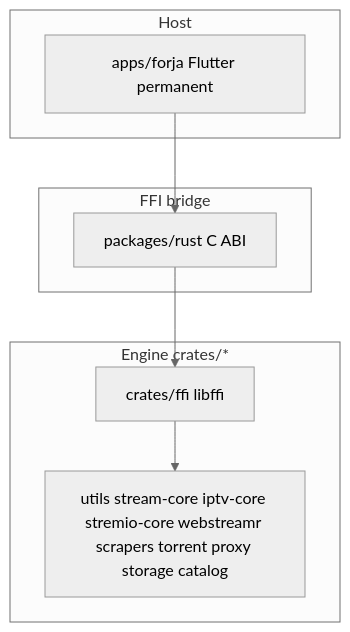
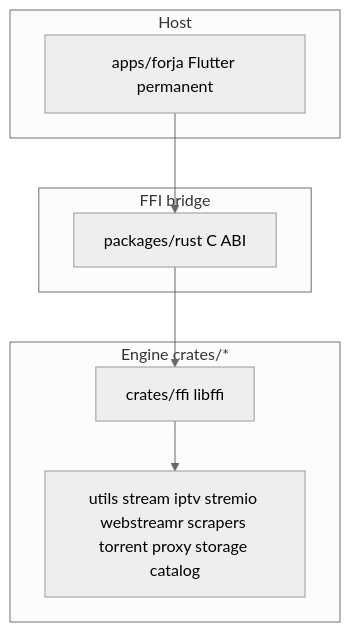
Before and after one commit to mGhassen/Forja: the first of 7 diagrams in docs/ARCHITECTURE.md, drawn with Mermaid (neutral theme). The commit also changed other lines of this file and 97 other files, not shown here.

````diff
--- a/docs/ARCHITECTURE.md
+++ b/docs/ARCHITECTURE.md
@@ -28,15 +28,15 @@
 ```mermaid
 flowchart TB
   subgraph host [Host]
     Flutter["apps/forja Flutter permanent"]
   end
   subgraph bridge [FFI bridge]
     DartFFI["packages/rust C ABI"]
   end
   subgraph engine [Engine crates/*]
     FFICrate["crates/ffi libffi"]
-    Domain["utils stream-core iptv-core stremio-core webstreamr scrapers torrent proxy storage catalog"]
+    Domain["utils stream iptv stremio webstreamr scrapers torrent proxy storage catalog"]
     FFICrate --> Domain
   end
   Flutter --> DartFFI --> FFICrate
 ```
````
